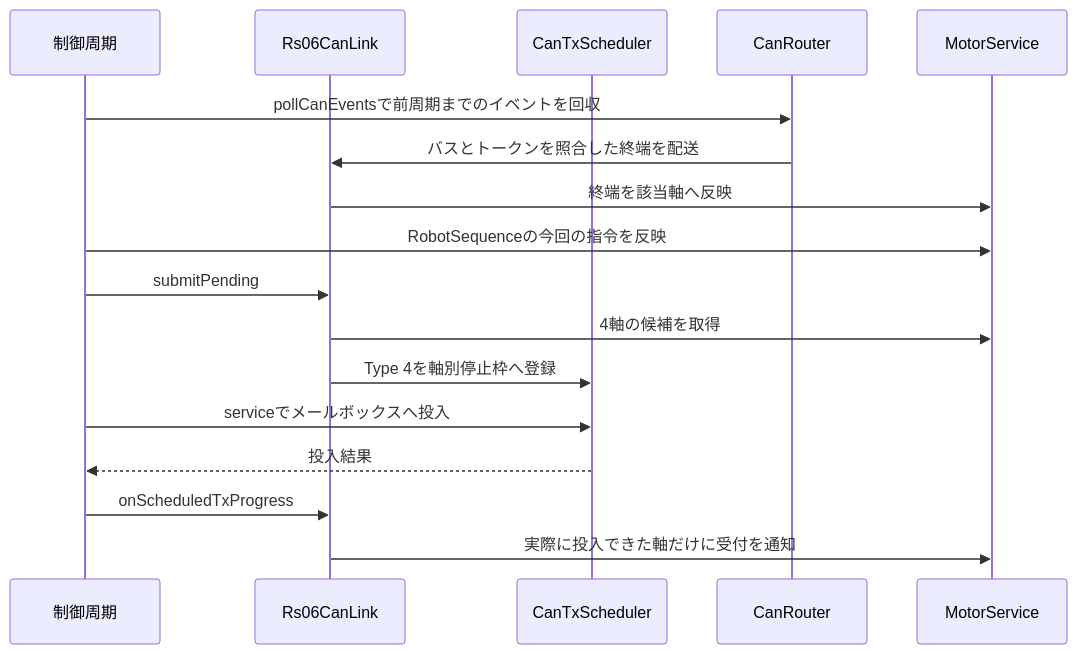
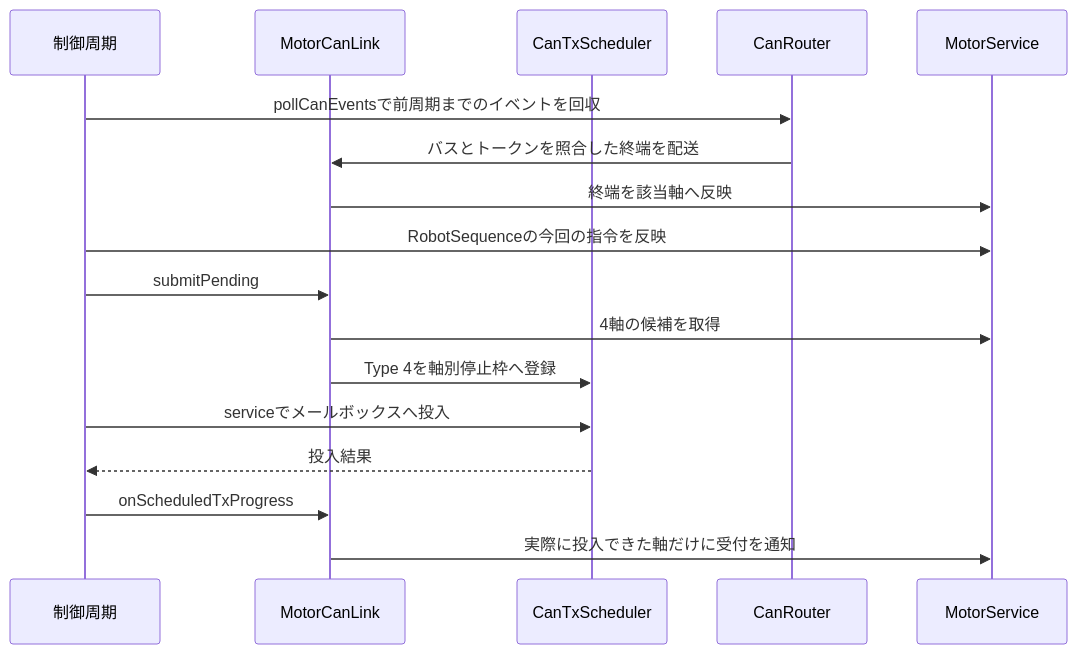
Before and after one commit to kou-pen/balancing: the sixth of 7 diagrams in docs/verification/f446-can-event-dispatch-host.md, drawn with Mermaid. The commit also changed other lines of this file and 16 other files, not shown here.

```diff
--- a/docs/verification/f446-can-event-dispatch-host.md
+++ b/docs/verification/f446-can-event-dispatch-host.md
@@ -131,19 +131,19 @@
 <pre class="mermaid">
 sequenceDiagram
     participant A as 制御周期
-    participant L as Rs06CanLink
+    participant L as MotorCanLink
     participant S as CanTxScheduler
     participant R as CanRouter
     participant M as MotorService
     A->>R: pollCanEventsで前周期までのイベントを回収
     R->>L: バスとトークンを照合した終端を配送
     L->>M: 終端を該当軸へ反映
     A->>M: RobotSequenceの今回の指令を反映
     A->>L: submitPending
     L->>M: 4軸の候補を取得
     L->>S: Type 4を軸別停止枠へ登録
     A->>S: serviceでメールボックスへ投入
     S-->>A: 投入結果
     A->>L: onScheduledTxProgress
     L->>M: 実際に投入できた軸だけに受付を通知
 </pre>
```
